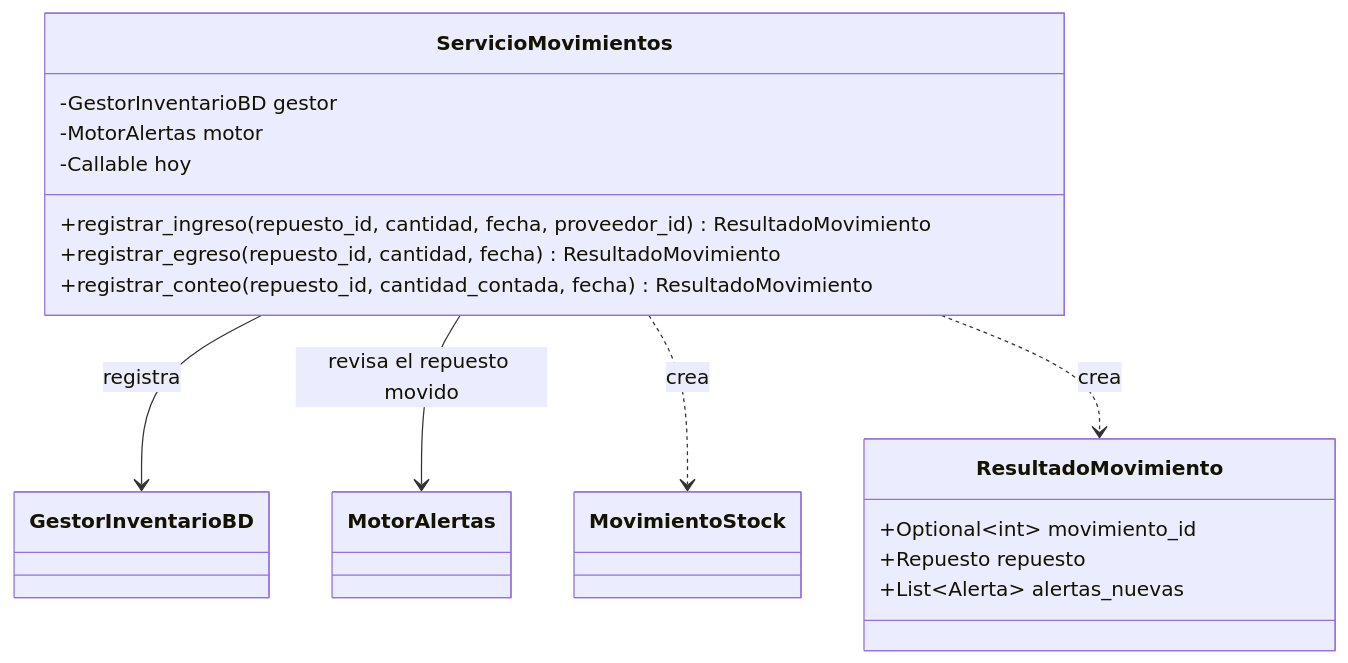
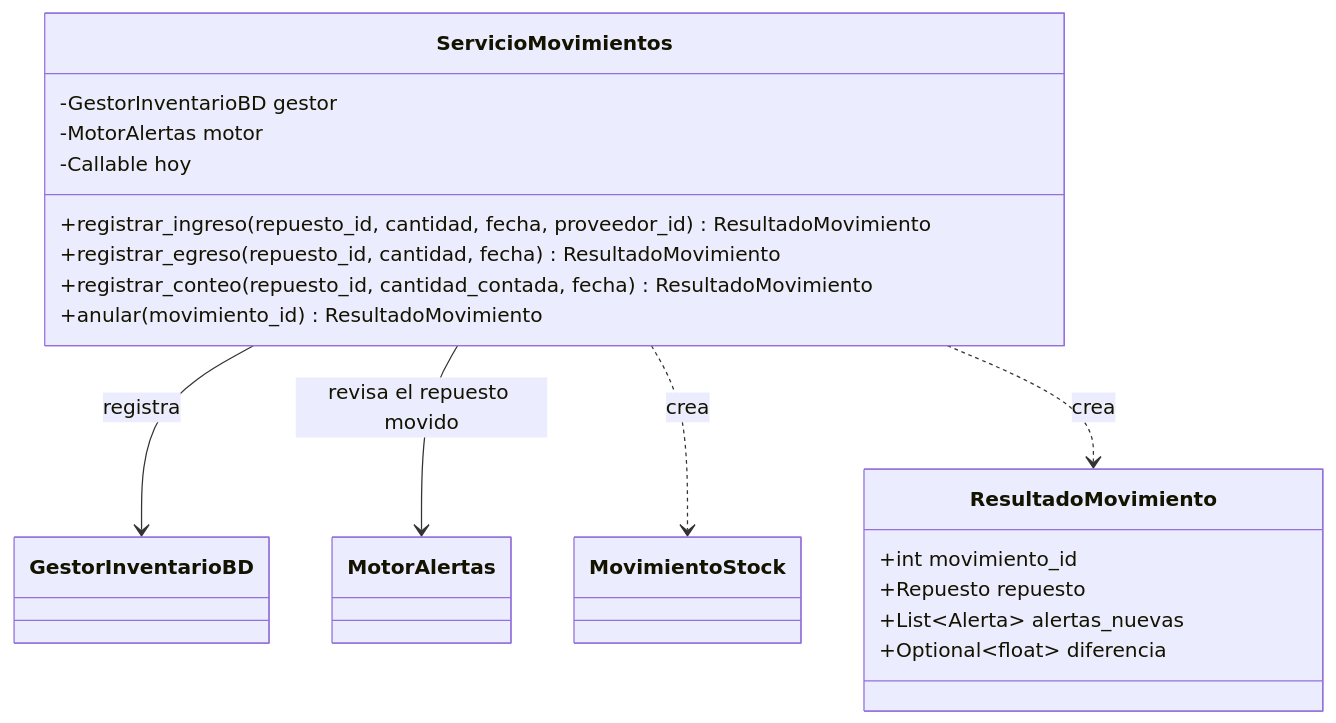
The fourth of 6 diagrams in docs/diagrama_UML.md (lgarciabode/Gestor_Stock_Durand_GarciaBode), drawn with Mermaid before and after one commit. The commit also changed other lines of this file and 22 other files, not shown here.

````diff
--- a/docs/diagrama_UML.md
+++ b/docs/diagrama_UML.md
@@ -323,21 +327,23 @@
 ```mermaid
 classDiagram
     class ServicioMovimientos {
         -GestorInventarioBD gestor
         -MotorAlertas motor
         -Callable hoy
         +registrar_ingreso(repuesto_id, cantidad, fecha, proveedor_id) ResultadoMovimiento
         +registrar_egreso(repuesto_id, cantidad, fecha) ResultadoMovimiento
         +registrar_conteo(repuesto_id, cantidad_contada, fecha) ResultadoMovimiento
+        +anular(movimiento_id) ResultadoMovimiento
     }
     class ResultadoMovimiento {
-        +Optional~int~ movimiento_id
+        +int movimiento_id
         +Repuesto repuesto
         +List~Alerta~ alertas_nuevas
+        +Optional~float~ diferencia
     }
 
     ServicioMovimientos --> GestorInventarioBD : registra
     ServicioMovimientos --> MotorAlertas : revisa el repuesto movido
     ServicioMovimientos ..> MovimientoStock : crea
     ServicioMovimientos ..> ResultadoMovimiento : crea
 ```
````
